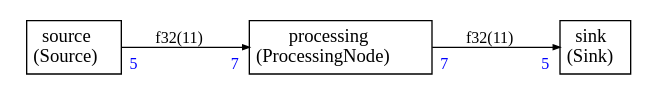
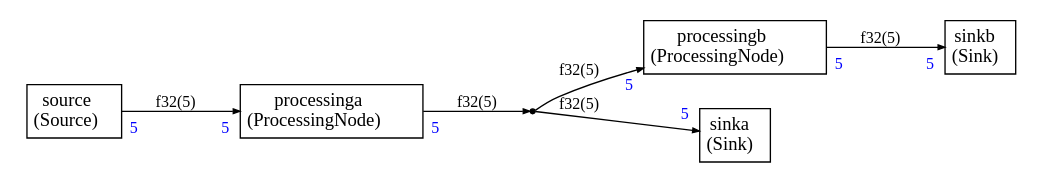
Before and after one commit to ARM-software/CMSIS-Stream: the diagram in Examples/runtime_mode/runtime_mode.dot, drawn with Graphviz. The commit also changed 12 other files, not shown here.

```diff
--- a/Examples/runtime_mode/runtime_mode.dot
+++ b/Examples/runtime_mode/runtime_mode.dot
@@ -1,48 +1,82 @@
 
 
 
 
 digraph structs {
     bgcolor = "white"
     node [shape=plaintext,color="black",fontcolor="black",fontname="Times-Roman"]
     rankdir=LR
     edge [arrowsize="0.5",color="black",fontcolor="black",fontname="Times-Roman"]
 
 
-processing [label=<
+dup0 [shape=point,label="dup0"]
+
+processinga [label=<
 <TABLE color="black" bgcolor="none" BORDER="0" CELLBORDER="1" CELLSPACING="0" CELLPADDING="4">
   <TR>
-    <TD ALIGN="CENTER" PORT="i"><FONT COLOR="black" POINT-SIZE="14.0">processing<BR/>(ProcessingNode)</FONT></TD>
+    <TD ALIGN="CENTER" PORT="i"><FONT COLOR="black" POINT-SIZE="14.0">processinga<BR/>(ProcessingNode)</FONT></TD>
   </TR>
 </TABLE>>];
 
-sink [label=<
+processingb [label=<
 <TABLE color="black" bgcolor="none" BORDER="0" CELLBORDER="1" CELLSPACING="0" CELLPADDING="4">
   <TR>
-    <TD ALIGN="CENTER" PORT="i"><FONT COLOR="black" POINT-SIZE="14.0">sink<BR/>(Sink)</FONT></TD>
+    <TD ALIGN="CENTER" PORT="i"><FONT COLOR="black" POINT-SIZE="14.0">processingb<BR/>(ProcessingNode)</FONT></TD>
+  </TR>
+</TABLE>>];
+
+sinka [label=<
+<TABLE color="black" bgcolor="none" BORDER="0" CELLBORDER="1" CELLSPACING="0" CELLPADDING="4">
+  <TR>
+    <TD ALIGN="CENTER" PORT="i"><FONT COLOR="black" POINT-SIZE="14.0">sinka<BR/>(Sink)</FONT></TD>
+  </TR>
+</TABLE>>];
+
+sinkb [label=<
+<TABLE color="black" bgcolor="none" BORDER="0" CELLBORDER="1" CELLSPACING="0" CELLPADDING="4">
+  <TR>
+    <TD ALIGN="CENTER" PORT="i"><FONT COLOR="black" POINT-SIZE="14.0">sinkb<BR/>(Sink)</FONT></TD>
   </TR>
 </TABLE>>];
 
 source [label=<
 <TABLE color="black" bgcolor="none" BORDER="0" CELLBORDER="1" CELLSPACING="0" CELLPADDING="4">
   <TR>
     <TD ALIGN="CENTER" PORT="i"><FONT COLOR="black" POINT-SIZE="14.0">source<BR/>(Source)</FONT></TD>
   </TR>
 </TABLE>>];
 
 
 
-source:i -> processing:i [style="solid",color="black",fontsize="12.0",fontcolor="black",label=<f32(11)>
-,headlabel=<<TABLE BORDER="0" CELLPADDING="4"><TR><TD><FONT COLOR="blue" POINT-SIZE="12.0" >7</FONT>
+source:i -> processinga:i [style="solid",color="black",fontsize="12.0",fontcolor="black",label=<f32(5)>
+,headlabel=<<TABLE BORDER="0" CELLPADDING="4"><TR><TD><FONT COLOR="blue" POINT-SIZE="12.0" >5</FONT>
 </TD></TR></TABLE>>
 ,taillabel=<<TABLE BORDER="0" CELLPADDING="4"><TR><TD><FONT COLOR="blue" POINT-SIZE="12.0" >5</FONT>
 </TD></TR></TABLE>>]
 
-processing:i -> sink:i [style="solid",color="black",fontsize="12.0",fontcolor="black",label=<f32(11)>
+processingb:i -> sinkb:i [style="solid",color="black",fontsize="12.0",fontcolor="black",label=<f32(5)>
 ,headlabel=<<TABLE BORDER="0" CELLPADDING="4"><TR><TD><FONT COLOR="blue" POINT-SIZE="12.0" >5</FONT>
 </TD></TR></TABLE>>
-,taillabel=<<TABLE BORDER="0" CELLPADDING="4"><TR><TD><FONT COLOR="blue" POINT-SIZE="12.0" >7</FONT>
+,taillabel=<<TABLE BORDER="0" CELLPADDING="4"><TR><TD><FONT COLOR="blue" POINT-SIZE="12.0" >5</FONT>
 </TD></TR></TABLE>>]
+
+processinga:i ->  
+dup0 [style="solid",color="black",fontsize="12.0",fontcolor="black",label=<f32(5)>
+
+,taillabel=<<TABLE BORDER="0" CELLPADDING="4"><TR><TD><FONT COLOR="blue" POINT-SIZE="12.0" >5</FONT>
+</TD></TR></TABLE>>]
+
+ 
+dup0 -> sinka:i [style="solid",color="black",fontsize="12.0",fontcolor="black",label=<f32(5)>
+,headlabel=<<TABLE BORDER="0" CELLPADDING="4"><TR><TD><FONT COLOR="blue" POINT-SIZE="12.0" >5</FONT>
+</TD></TR></TABLE>>
+]
+
+ 
+dup0 -> processingb:i [style="solid",color="black",fontsize="12.0",fontcolor="black",label=<f32(5)>
+,headlabel=<<TABLE BORDER="0" CELLPADDING="4"><TR><TD><FONT COLOR="blue" POINT-SIZE="12.0" >5</FONT>
+</TD></TR></TABLE>>
+]
 
 
 }
```
